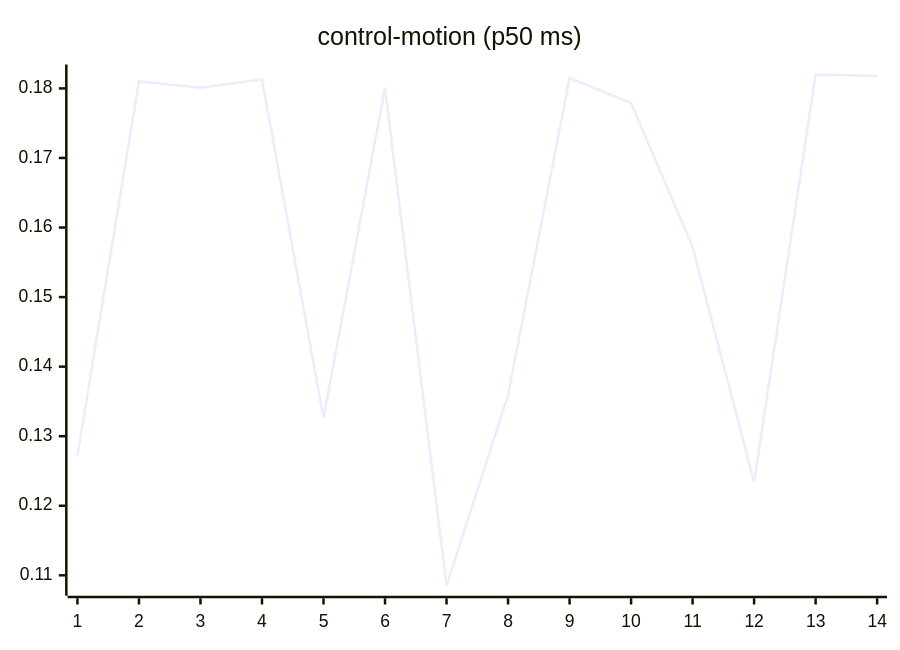
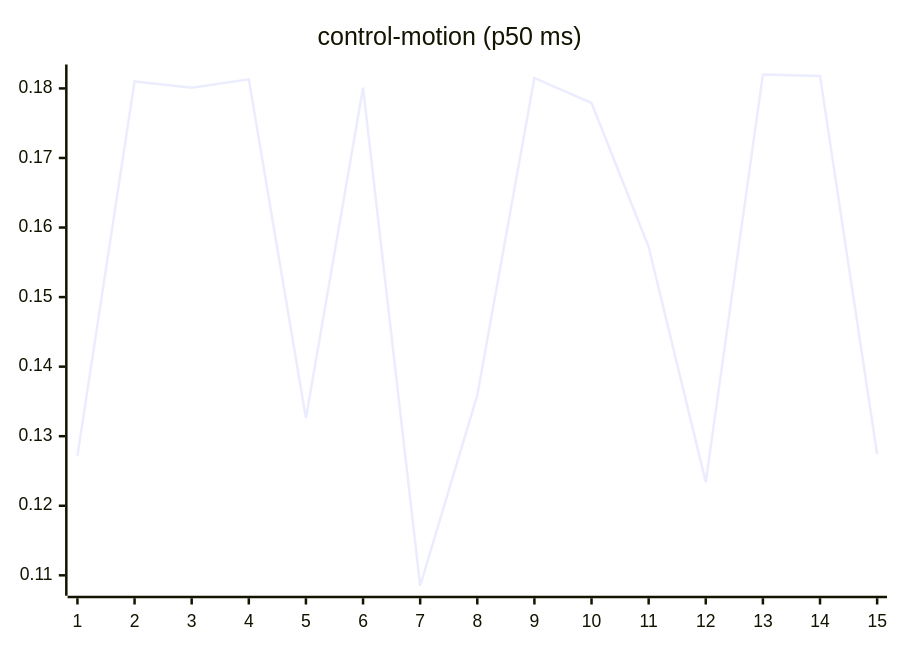
One commit to josha/Facet changed the seventh of 27 diagrams in README.md. Above: the diagram before and after it, drawn with Mermaid. The commit also changed other lines of this file and 2 other files, not shown here.

````diff
--- a/README.md
+++ b/README.md
@@ -105,6 +105,6 @@
 ```mermaid
 xychart-beta
     title "control-motion (p50 ms)"
-    x-axis 1 --> 14
-    line [0.1272, 0.1810, 0.1801, 0.1813, 0.1326, 0.1801, 0.1085, 0.1359, 0.1815, 0.1779, 0.1572, 0.1234, 0.1820, 0.1818]
+    x-axis 1 --> 15
+    line [0.1272, 0.1810, 0.1801, 0.1813, 0.1326, 0.1801, 0.1085, 0.1359, 0.1815, 0.1779, 0.1572, 0.1234, 0.1820, 0.1818, 0.1274]
 ```
````
